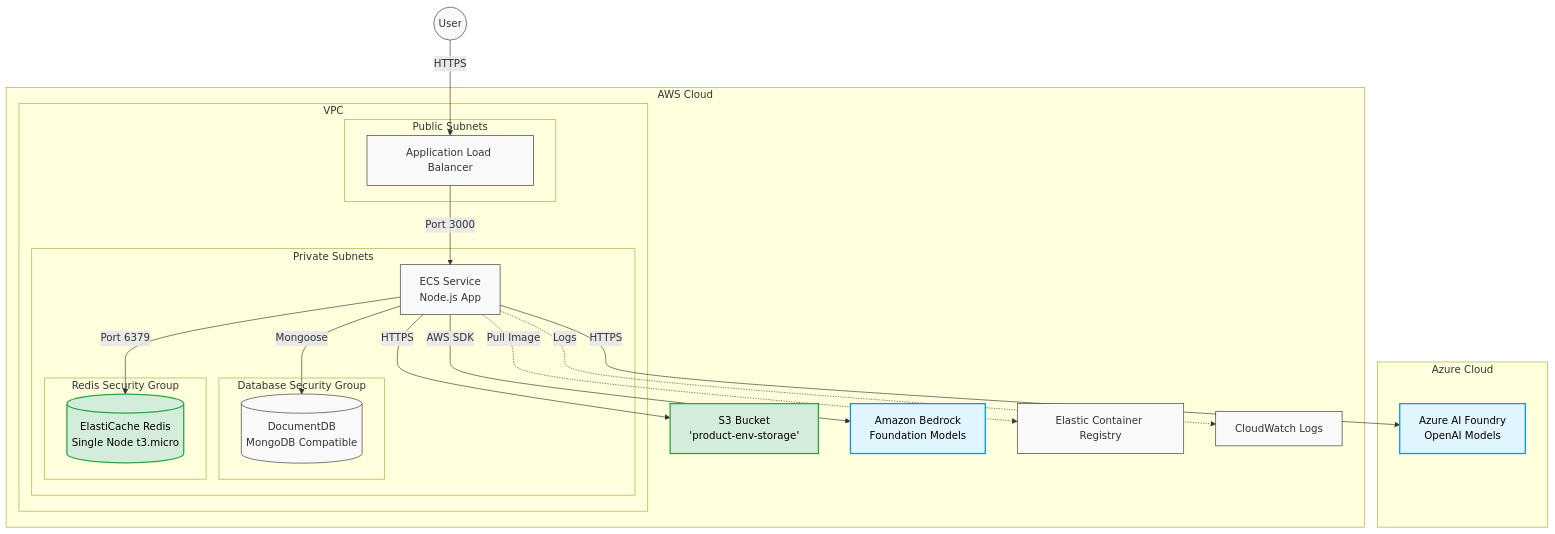
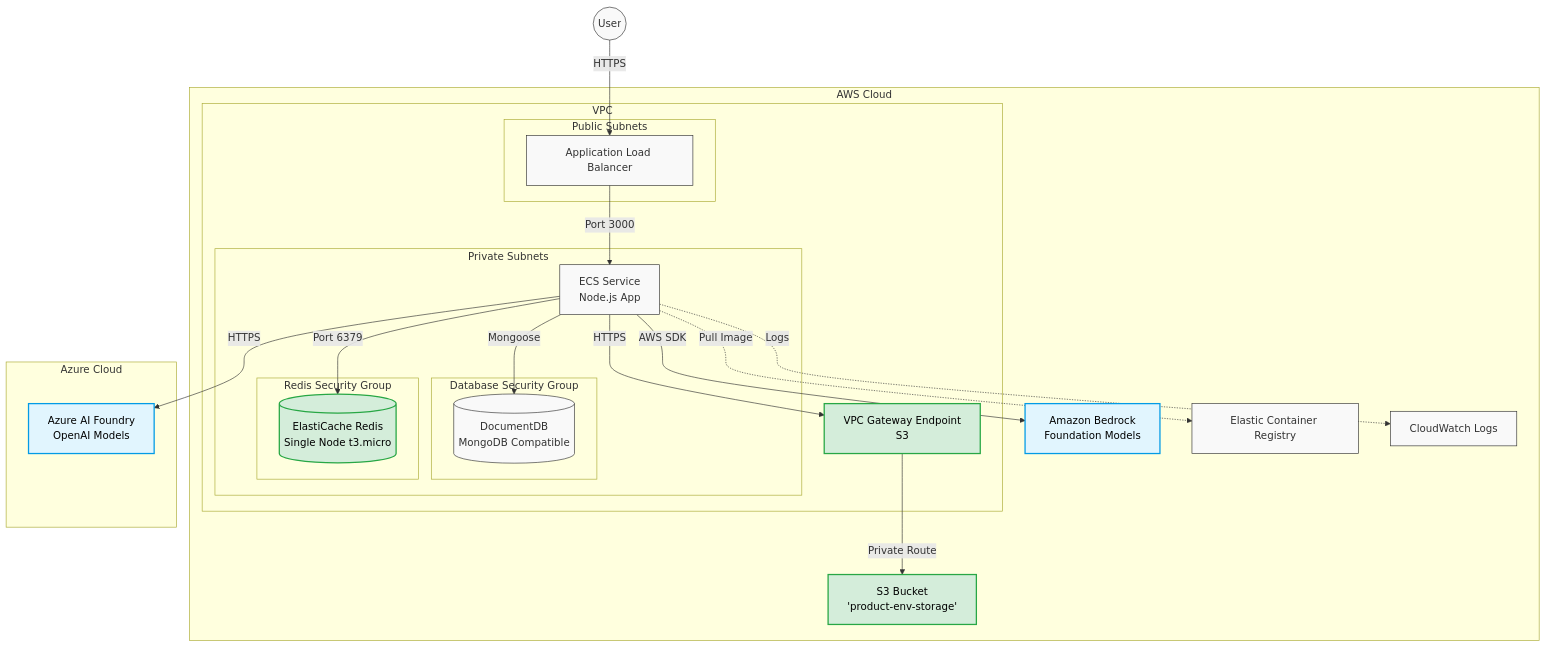
One commit to cds-snc/ai-answers changed the diagram in docs/architecture/infrastructure-diagram.md. Above: the diagram before and after it, drawn with Mermaid. The commit also changed other lines of this file, not shown here.

Commit message:
docs: fix mermaid syntax error and duplicate connection

````diff
--- a/docs/architecture/infrastructure-diagram.md
+++ b/docs/architecture/infrastructure-diagram.md
@@ -5,56 +5,59 @@
 ```mermaid
 graph TD
     User((User)) -->|HTTPS| ALB
     
     subgraph AWS_Cloud [AWS Cloud]
         subgraph VPC [VPC]
             
             subgraph Public_Subnets [Public Subnets]
                 ALB[Application Load Balancer]
             end
             
             subgraph Private_Subnets [Private Subnets]
                 ECS[ECS Service <br/> Node.js App]
                 
                 subgraph Database [Database Security Group]
                     DocDB[(DocumentDB <br/> MongoDB Compatible)]
                 end
                 
                 
                 subgraph Redis_Infra [Redis Security Group]
                     Redis[(ElastiCache Redis <br/> Single Node t3.micro)]:::new
                 end
             end
+            
+            VPCE[VPC Gateway Endpoint <br/> S3]:::new
         end
         
         S3[S3 Bucket <br/> 'product-env-storage']:::new
         Bedrock[Amazon Bedrock <br/> Foundation Models]:::model
         ECR[Elastic Container Registry]
         CW[CloudWatch Logs]
     end
 
     subgraph Azure_Cloud [Azure Cloud]
         AzFoundry[Azure AI Foundry <br/> OpenAI Models]:::model
     end
     
     %% Traffic Flows
     ALB -->|Port 3000| ECS
     ECS -->|Mongoose| DocDB
     
     %% New Connections
     ECS -->|Port 6379| Redis
-    ECS -->|HTTPS| S3
+    ECS -->|HTTPS| VPCE
+    VPCE -->|Private Route| S3
     ECS -->|AWS SDK| Bedrock
     ECS -->|HTTPS| AzFoundry
     
     %% Supporting Services
     ECS -.->|Pull Image| ECR
     ECS -.->|Logs| CW
 
     %% Legend / Styling
     classDef default fill:#f9f9f9,stroke:#333,stroke-width:1px;
     classDef new fill:#d4edda,stroke:#28a745,stroke-width:2px,color:#000;
     classDef model fill:#e1f5fe,stroke:#039be5,stroke-width:2px,color:#000;
     
     linkStyle default stroke:#333,stroke-width:1px;
 ```
````
